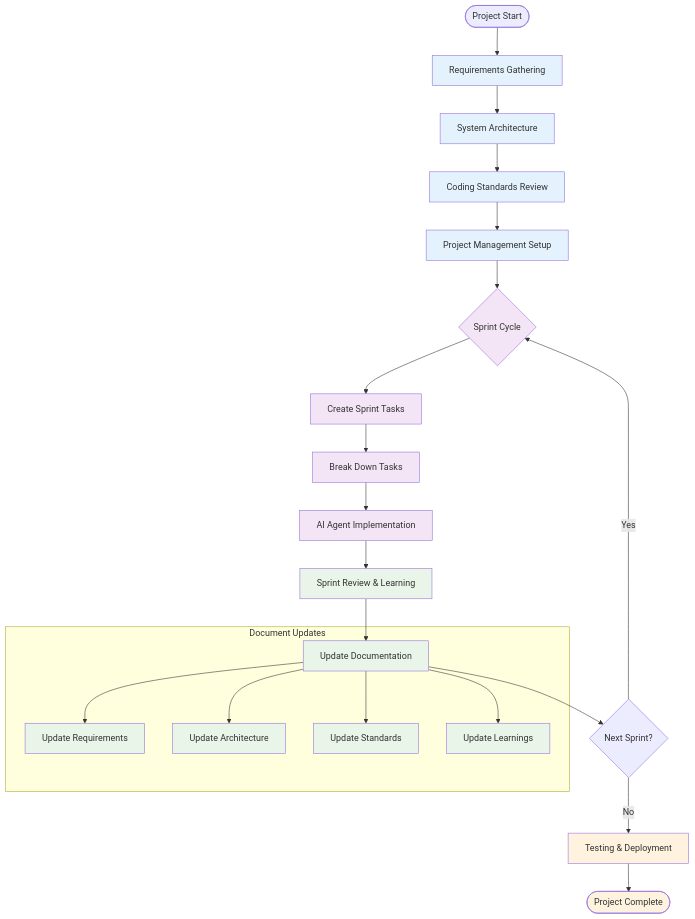
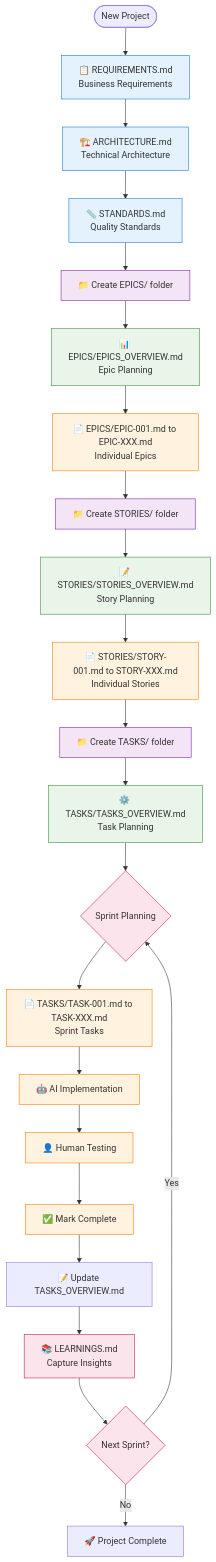
One commit to fjchng/aap-template changed the diagram in ProjectPlanTemplate/GettingStarted.md. Above: the diagram before and after it, drawn with Mermaid. The commit also changed other lines of this file and 19 other files, not shown here.

````diff
--- a/ProjectPlanTemplate/GettingStarted.md
+++ b/ProjectPlanTemplate/GettingStarted.md
@@ -11,37 +5,41 @@
 ```mermaid
 graph TD
-    Start([Project Start]) --> Requirements[Requirements Gathering]
-    Requirements --> Architecture[System Architecture]
-    Architecture --> Standards[Coding Standards Review]
-    Standards --> Planning[Project Management Setup]
+    Start([New Project]) --> Req[📋 REQUIREMENTS.md<br/>Business Requirements]
+    Req --> Arch[🏗️ ARCHITECTURE.md<br/>Technical Architecture]
+    Arch --> Standards[📏 STANDARDS.md<br/>Quality Standards]
+    Standards --> EpicFolder[📁 Create EPICS/ folder]
 
-    Planning --> Sprint{Sprint Cycle}
-    Sprint --> Tasks[Create Sprint Tasks]
-    Tasks --> Breakdown[Break Down Tasks]
-    Breakdown --> Implement[AI Agent Implementation]
-    Implement --> Review[Sprint Review & Learning]
-    Review --> Update[Update Documentation]
-    Update --> NextSprint{Next Sprint?}
-    NextSprint -->|Yes| Sprint
-    NextSprint -->|No| TestDeploy[Testing & Deployment]
+    EpicFolder --> EpicOverview[📊 EPICS/EPICS_OVERVIEW.md<br/>Epic Planning]
+    EpicOverview --> EpicFiles[📄 EPICS/EPIC-001.md to EPIC-XXX.md<br/>Individual Epics]
 
-    TestDeploy --> Complete([Project Complete])
+    EpicFiles --> StoryFolder[📁 Create STORIES/ folder]
+    StoryFolder --> StoryOverview[📝 STORIES/STORIES_OVERVIEW.md<br/>Story Planning]
+    StoryOverview --> StoryFiles[📄 STORIES/STORY-001.md to STORY-XXX.md<br/>Individual Stories]
 
-    subgraph "Document Updates"
-        Update --> UpdateReq[Update Requirements]
-        Update --> UpdateArch[Update Architecture]
-        Update --> UpdateStandards[Update Standards]
-        Update --> UpdateLearnings[Update Learnings]
-    end
+    StoryFiles --> TaskFolder[📁 Create TASKS/ folder]
+    TaskFolder --> TaskOverview[⚙️ TASKS/TASKS_OVERVIEW.md<br/>Task Planning]
+    TaskOverview --> SprintPlanning{Sprint Planning}
 
-    classDef setup fill:#e3f2fd
-    classDef execution fill:#f3e5f5
-    classDef review fill:#e8f5e8
-    classDef final fill:#fff3e0
+    SprintPlanning --> TaskFiles[📄 TASKS/TASK-001.md to TASK-XXX.md<br/>Sprint Tasks]
+    TaskFiles --> Implement[🤖 AI Implementation]
+    Implement --> Test[👤 Human Testing]
+    Test --> Complete[✅ Mark Complete]
+    Complete --> UpdateTasks[📝 Update TASKS_OVERVIEW.md]
 
-    class Requirements,Architecture,Standards,Planning setup
-    class Sprint,Tasks,Breakdown,Implement execution
-    class Review,Update,UpdateReq,UpdateArch,UpdateStandards,UpdateLearnings review
-    class TestDeploy,Complete final
+    UpdateTasks --> Learn[📚 LEARNINGS.md<br/>Capture Insights]
+    Learn --> NextSprint{Next Sprint?}
+    NextSprint -->|Yes| SprintPlanning
+    NextSprint -->|No| Deploy[🚀 Project Complete]
 
+    classDef foundation fill:#e3f2fd,stroke:#1976d2
+    classDef folders fill:#f3e5f5,stroke:#7b1fa2
+    classDef overview fill:#e8f5e8,stroke:#388e3c
+    classDef files fill:#fff3e0,stroke:#f57c00
+    classDef execution fill:#fce4ec,stroke:#c2185b
+
+    class Req,Arch,Standards foundation
+    class EpicFolder,StoryFolder,TaskFolder folders
+    class EpicOverview,StoryOverview,TaskOverview overview
+    class EpicFiles,StoryFiles,TaskFiles,Implement,Test,Complete files
+    class SprintPlanning,Learn,NextSprint execution
 ```
````
